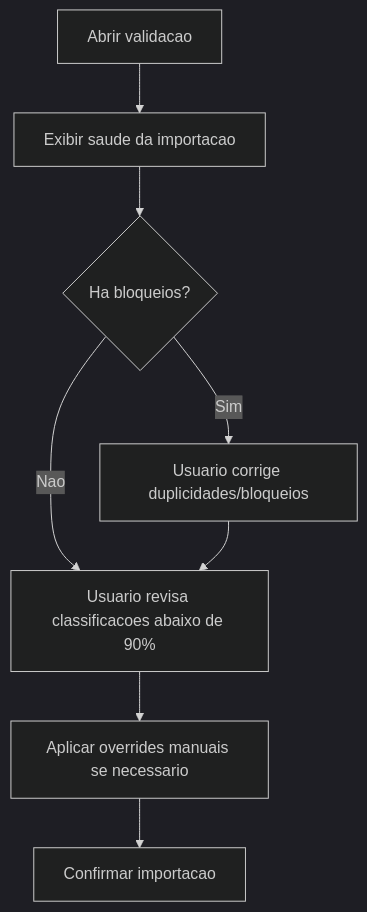
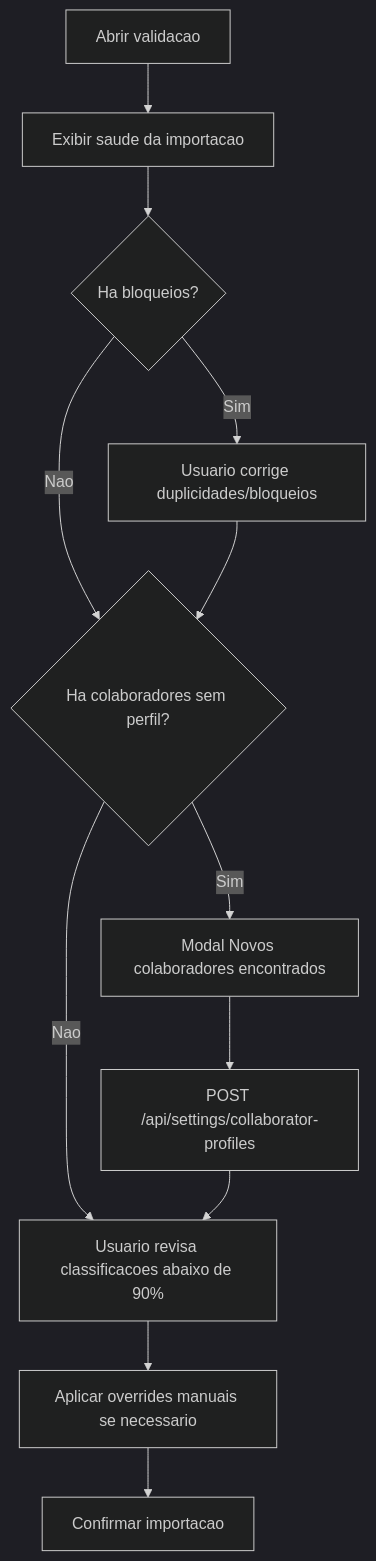
The fifth of 15 diagrams in docs/11-diagramas-endpoints-fluxos.md (GiovannaBarbieri/alfred), drawn with Mermaid (dark theme) before and after one commit. The commit also changed 8 other files, not shown here.

Commit message:
Update documentation for import review flow

````diff
--- a/docs/11-diagramas-endpoints-fluxos.md
+++ b/docs/11-diagramas-endpoints-fluxos.md
@@ -423,10 +423,14 @@
 ```mermaid
 flowchart TD
   A["Abrir validacao"] --> B["Exibir saude da importacao"]
   B --> C{"Ha bloqueios?"}
   C -- "Sim" --> D["Usuario corrige duplicidades/bloqueios"]
-  C -- "Nao" --> E["Usuario revisa classificacoes abaixo de 90%"]
+  C -- "Nao" --> E{"Ha colaboradores sem perfil?"}
   D --> E
-  E --> F["Aplicar overrides manuais se necessario"]
-  F --> G["Confirmar importacao"]
+  E -- "Sim" --> F["Modal Novos colaboradores encontrados"]
+  F --> G["POST /api/settings/collaborator-profiles"]
+  E -- "Nao" --> H["Usuario revisa classificacoes abaixo de 90%"]
+  G --> H
+  H --> I["Aplicar overrides manuais se necessario"]
+  I --> J["Confirmar importacao"]
 ```
````
